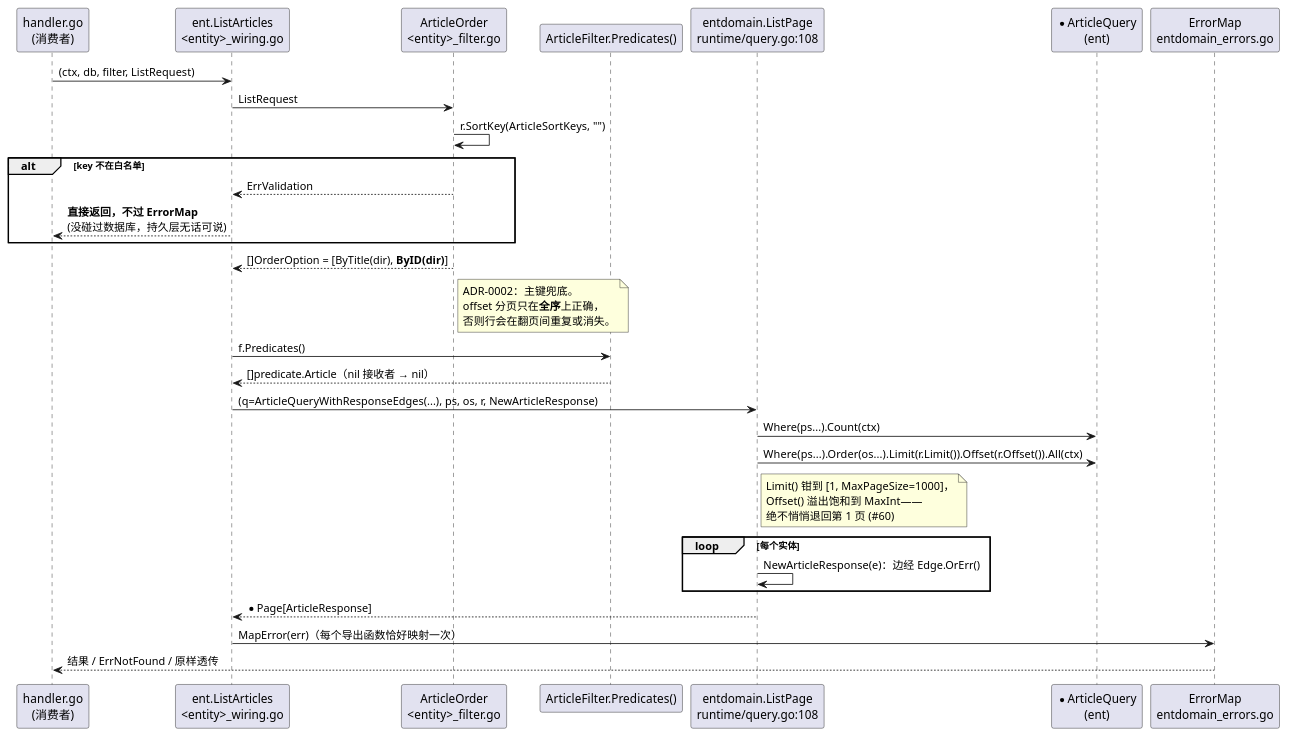
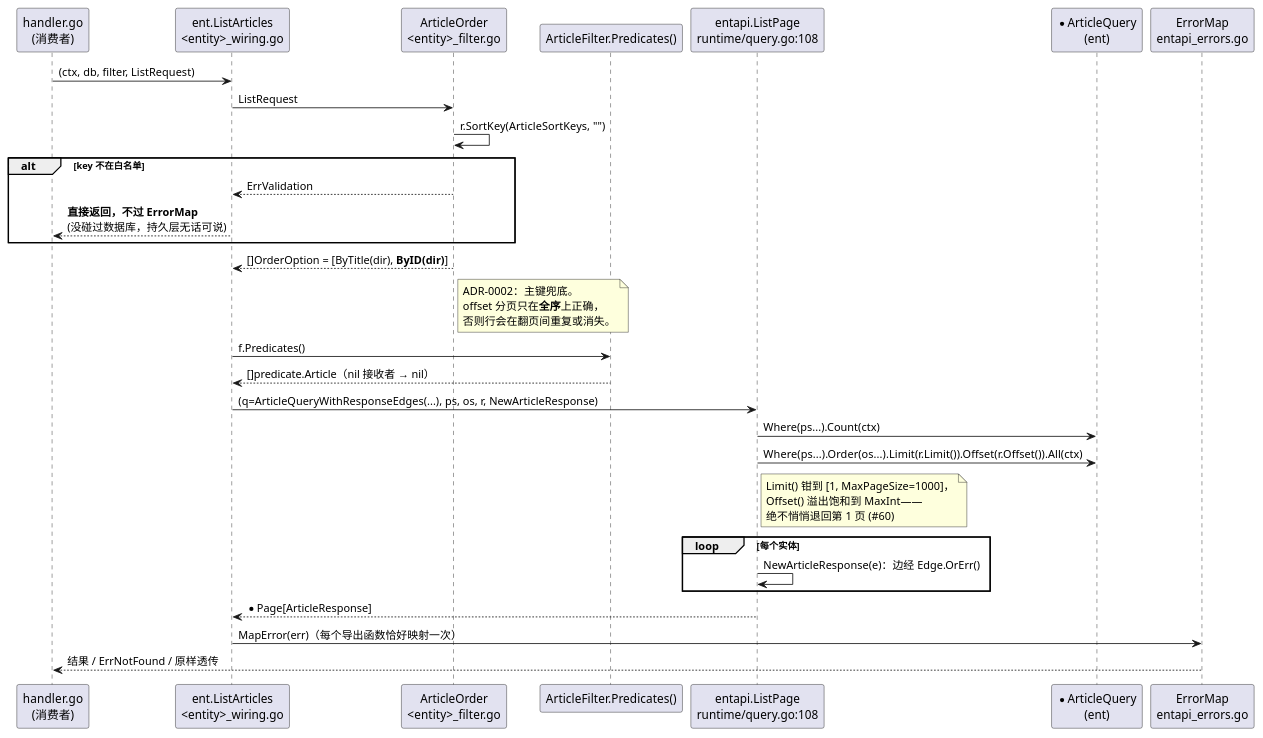
The fifth of 5 diagrams in docs/ARCHITECTURE.md (githonllc/entapi), drawn with PlantUML before and after one commit. The commit also changed other lines of this file and 426 other files, not shown here.

First line of the commit message:
refactor!: rename module entdomain -> entapi (ADR-0011)

````diff
--- a/docs/ARCHITECTURE.md
+++ b/docs/ARCHITECTURE.md
@@ -335,42 +335,42 @@
 ```plantuml
 @startuml
 skinparam shadowing false
 participant "handler.go\n(消费者)" as H
 participant "ent.ListArticles\n<entity>_wiring.go" as W
 participant "ArticleOrder\n<entity>_filter.go" as ORD
 participant "ArticleFilter.Predicates()" as PRED
-participant "entdomain.ListPage\nruntime/query.go:108" as LP
+participant "entapi.ListPage\nruntime/query.go:108" as LP
 participant "*ArticleQuery\n(ent)" as Q
-participant "ErrorMap\nentdomain_errors.go" as EM
+participant "ErrorMap\nentapi_errors.go" as EM
 
 H -> W : (ctx, db, filter, ListRequest)
 W -> ORD : ListRequest
 ORD -> ORD : r.SortKey(ArticleSortKeys, "")
 alt key 不在白名单
   ORD --> W : ErrValidation
   W --> H : **直接返回，不过 ErrorMap**\n(没碰过数据库，持久层无话可说)
 end
 ORD --> W : []OrderOption = [ByTitle(dir), **ByID(dir)**]
 note right of ORD
   ADR-0002：主键兜底。
   offset 分页只在**全序**上正确，
   否则行会在翻页间重复或消失。
 end note
 W -> PRED : f.Predicates()
 PRED --> W : []predicate.Article（nil 接收者 → nil）
 W -> LP : (q=ArticleQueryWithResponseEdges(...), ps, os, r, NewArticleResponse)
 LP -> Q : Where(ps...).Count(ctx)
 LP -> Q : Where(ps...).Order(os...).Limit(r.Limit()).Offset(r.Offset()).All(ctx)
 note right of LP
   Limit() 钳到 [1, MaxPageSize=1000]，
   Offset() 溢出饱和到 MaxInt——
   绝不悄悄退回第 1 页 (#60)
 end note
 loop 每个实体
   LP -> LP : NewArticleResponse(e)：边经 Edge.OrErr()
 end
 LP --> W : *Page[ArticleResponse]
 W -> EM : MapError(err)（每个导出函数恰好映射一次）
 EM --> H : 结果 / ErrNotFound / 原样透传
 @enduml
 ```
````
